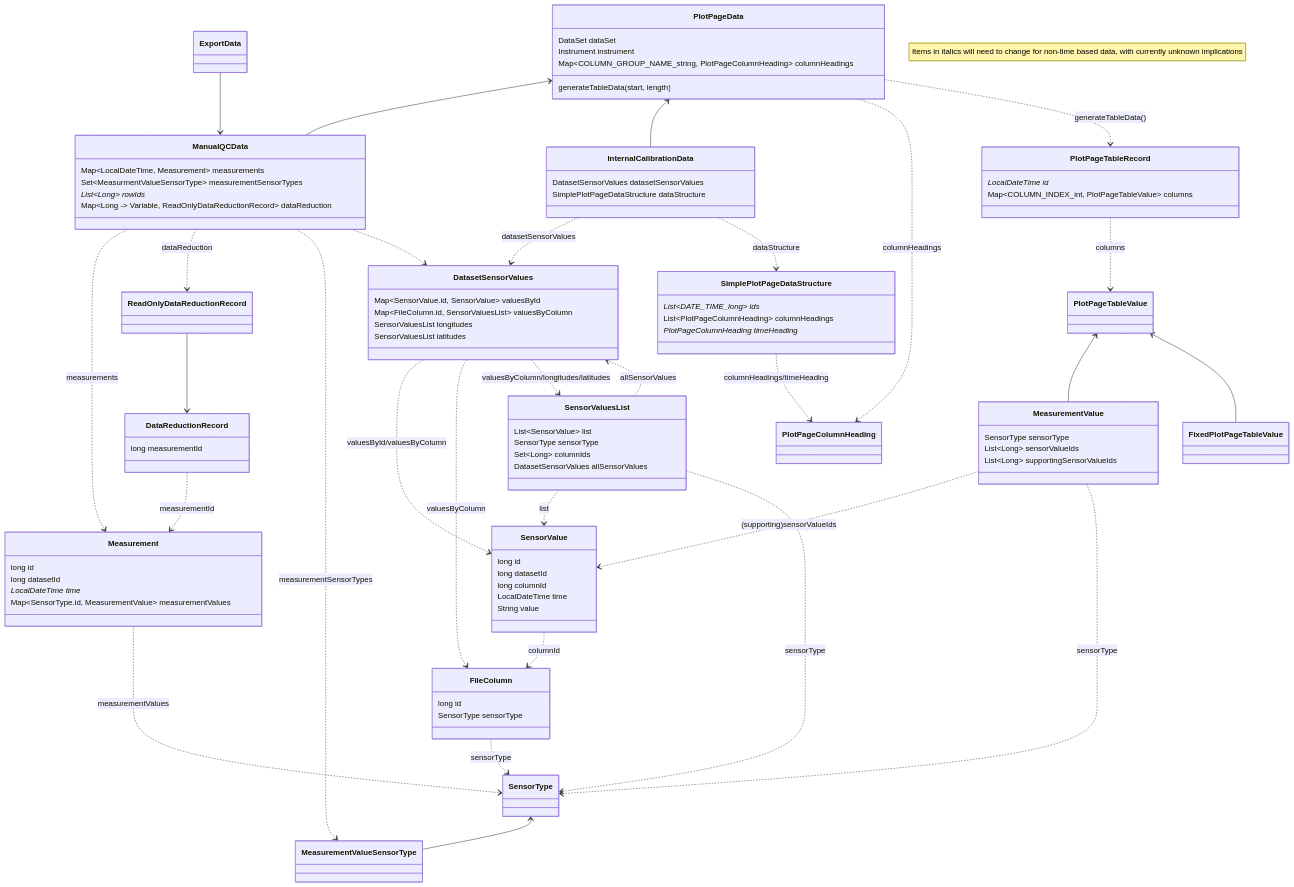
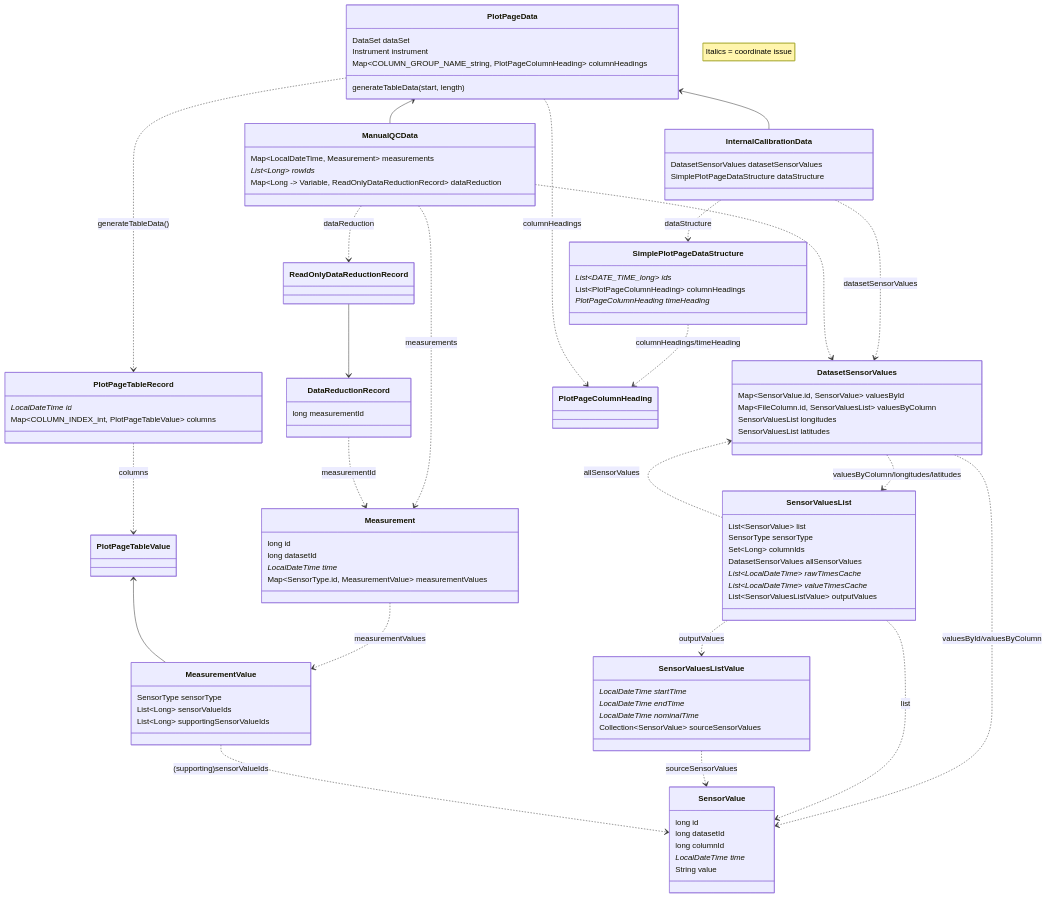
One commit to squaregoldfish/QuinCe changed the diagram in Documentation/Design/JavaClasses/DatasetData.mermaid. Above: the diagram before and after it, drawn with Mermaid.

Commit message:
(#2391) Update class diagram

```diff
--- a/Documentation/Design/JavaClasses/DatasetData.mermaid
+++ b/Documentation/Design/JavaClasses/DatasetData.mermaid
@@ -1,106 +1,103 @@
 classDiagram
     class DataReductionRecord {
         long measurementId
     }
 
     class DatasetSensorValues {
         Map~SensorValue.id, SensorValue~ valuesById
         Map~FileColumn.id, SensorValuesList~ valuesByColumn
         SensorValuesList longitudes
         SensorValuesList latitudes
     }
 
-    class FileColumn {
-        long id
-        SensorType sensorType
-    }
-
     class InternalCalibrationData {
         DatasetSensorValues datasetSensorValues
         SimplePlotPageDataStructure dataStructure
     }
     
     class ManualQCData {
         Map~LocalDateTime, Measurement~ measurements
-        Set~MeasurmentValueSensorType~ measurementSensorTypes
         List~Long~ rowIds*
         Map~Long -> Variable, ReadOnlyDataReductionRecord~ dataReduction
     }
 
     class Measurement {
         long id
         long datasetId
         LocalDateTime time*
         Map~SensorType.id, MeasurementValue~ measurementValues
     }
 
     class MeasurementValue {
         SensorType sensorType
         List~Long~ sensorValueIds
         List~Long~ supportingSensorValueIds
     }
 
     class PlotPageData {
         DataSet dataSet
         Instrument instrument
         Map~COLUMN_GROUP_NAME_string, PlotPageColumnHeading~ columnHeadings
         generateTableData(start, length)
     }
 
     class PlotPageTableRecord {
         LocalDateTime id*
         Map~COLUMN_INDEX_int, PlotPageTableValue~ columns
     }
 
     class SensorValue {
         long id
         long datasetId
         long columnId
-        LocalDateTime time
+        LocalDateTime time*
         String value
     }
 
     class SensorValuesList {
         List~SensorValue~ list
         SensorType sensorType
         Set~Long~ columnIds
         DatasetSensorValues allSensorValues
+        List~LocalDateTime~ rawTimesCache*
+        List~LocalDateTime~ valueTimesCache*
+        List~SensorValuesListValue~ outputValues
+    }
+
+    class SensorValuesListValue {
+        LocalDateTime startTime*
+        LocalDateTime endTime*
+        LocalDateTime nominalTime*
+        Collection~SensorValue~ sourceSensorValues
     }
 
     class SimplePlotPageDataStructure {
         List~DATE_TIME_long~ ids*
         List~PlotPageColumnHeading~ columnHeadings
         PlotPageColumnHeading timeHeading*
     }
 
+PlotPageData <-- InternalCalibrationData
 PlotPageData <-- ManualQCData
-PlotPageData <-- InternalCalibrationData
+InternalCalibrationData ..> SimplePlotPageDataStructure : dataStructure
+SimplePlotPageDataStructure ..> PlotPageColumnHeading : columnHeadings/timeHeading
+InternalCalibrationData ..> DatasetSensorValues : datasetSensorValues
 ManualQCData ..> Measurement : measurements
 ManualQCData ..> ReadOnlyDataReductionRecord : dataReduction
-ManualQCData ..> MeasurementValueSensorType : measurementSensorTypes
 ManualQCData ..> DatasetSensorValues
 ReadOnlyDataReductionRecord --> DataReductionRecord
-ExportData --> ManualQCData
 DatasetSensorValues ..> SensorValue : valuesById/valuesByColumn
-DatasetSensorValues ..> FileColumn : valuesByColumn
 DatasetSensorValues ..> SensorValuesList : valuesByColumn/longitudes/latitudes
 SensorValuesList ..> DatasetSensorValues : allSensorValues
 SensorValuesList ..> SensorValue : list
-SensorValue ..> FileColumn : columnId
-InternalCalibrationData ..> DatasetSensorValues : datasetSensorValues
-InternalCalibrationData ..> SimplePlotPageDataStructure : dataStructure
-PlotPageTableValue <-- MeasurementValue
-PlotPageTableValue <-- FixedPlotPageTableValue
+SensorValuesListValue ..> SensorValue : sourceSensorValues
 MeasurementValue ..> SensorValue : (supporting)sensorValueIds
-SensorType <-- MeasurementValueSensorType
 PlotPageData ..> PlotPageColumnHeading : columnHeadings
-SensorValuesList ..> SensorType : sensorType
-Measurement ..> SensorType : measurementValues
-FileColumn ..> SensorType : sensorType
-MeasurementValue ..> SensorType : sensorType
 PlotPageData ..> PlotPageTableRecord : generateTableData()
 PlotPageTableRecord ..> PlotPageTableValue : columns
 DataReductionRecord ..> Measurement : measurementId
-SimplePlotPageDataStructure ..> PlotPageColumnHeading : columnHeadings/timeHeading
+Measurement ..> MeasurementValue : measurementValues
+SensorValuesList ..> SensorValuesListValue : outputValues
+PlotPageTableValue <-- MeasurementValue
 
-note "Items in italics will need to change for non-time based data, with currently unknown implications"
+note "Italics = coordinate issue"
```
